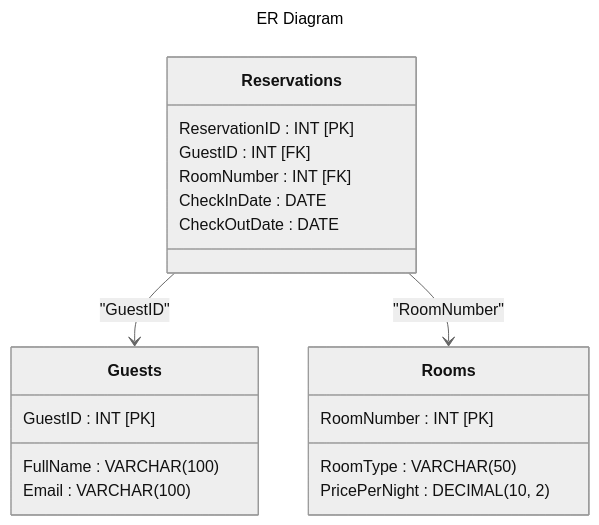
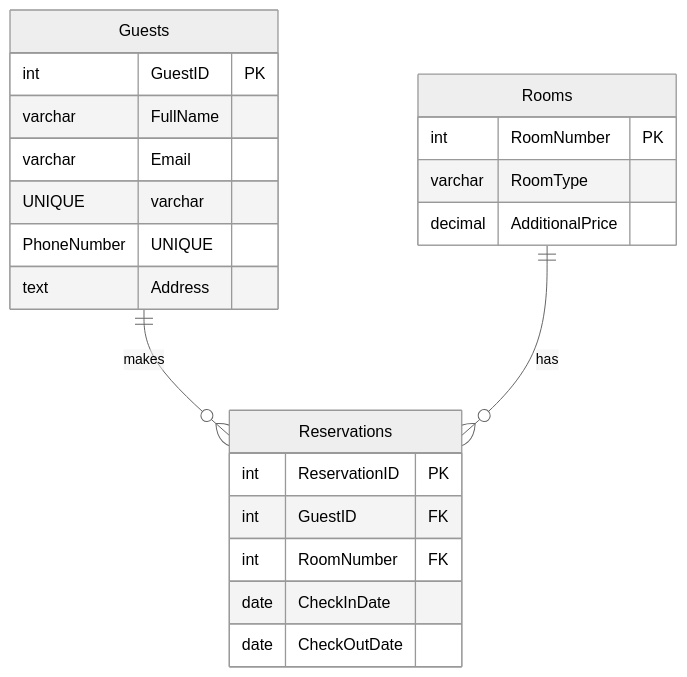
One commit to Alexx6MR/Database-management changed the diagram in README.md. Above: the diagram before and after it, drawn with Mermaid (neutral theme). The commit also changed other lines of this file, not shown here.

````diff
--- a/README.md
+++ b/README.md
@@ -98,26 +97,28 @@
 ```mermaid
----
-title: ER Diagram
----
-classDiagram
-    class Guests{
-        GuestID : INT [PK]
-        FullName : VARCHAR(100)
-        Email : VARCHAR(100)
-    }
-    class Rooms{
-        RoomNumber : INT [PK]
-        RoomType : VARCHAR(50)
-        PricePerNight : DECIMAL(10, 2)
-    }
-    class Reservations{
-        ReservationID : INT [PK]
-        GuestID : INT [FK]
-        RoomNumber : INT [FK]
-        CheckInDate : DATE
-        CheckOutDate : DATE
+erDiagram   
+    Guests ||--o{ Reservations : "makes"
+    Rooms ||--o{ Reservations : "has"
+   
+    Rooms {
+        int RoomNumber PK
+        varchar RoomType
+        decimal AdditionalPrice
     }
 
-    Reservations --> Guests : "GuestID"
-    Reservations --> Rooms : "RoomNumber"
+    Guests {
+        int GuestID PK
+        varchar FullName
+        varchar Email UNIQUE
+        varchar PhoneNumber UNIQUE
+        text Address
+    }
+
+    Reservations {
+        int ReservationID PK
+        int GuestID FK
+        int RoomNumber FK
+        date CheckInDate
+        date CheckOutDate
+    }    
+
 ```
````
